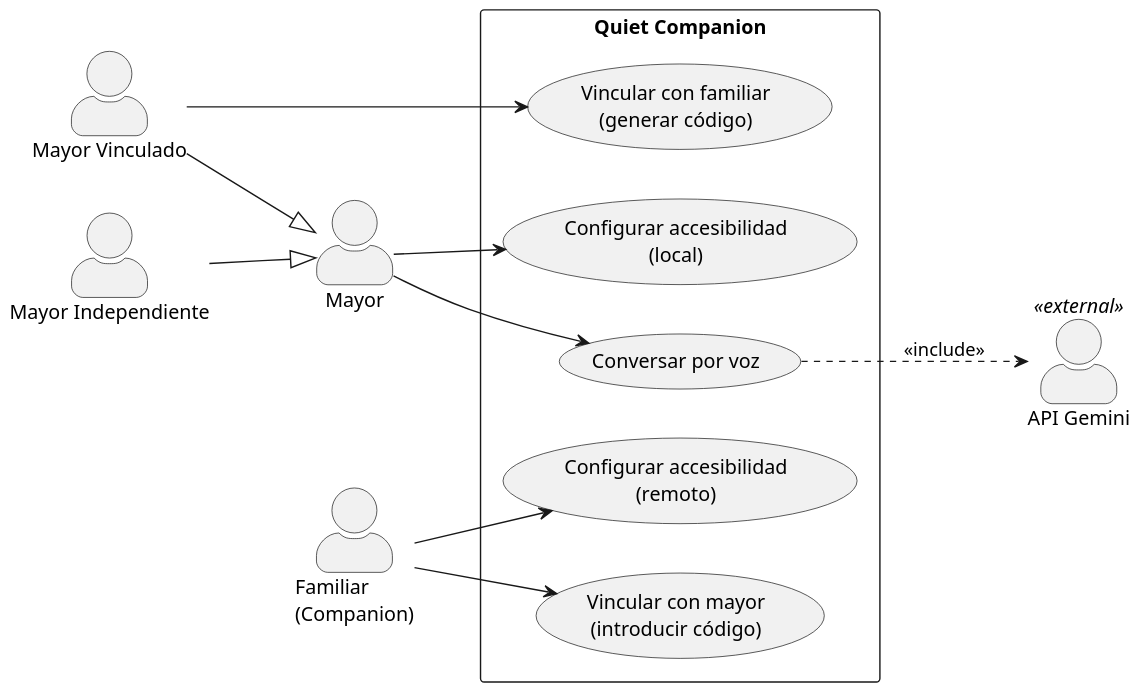
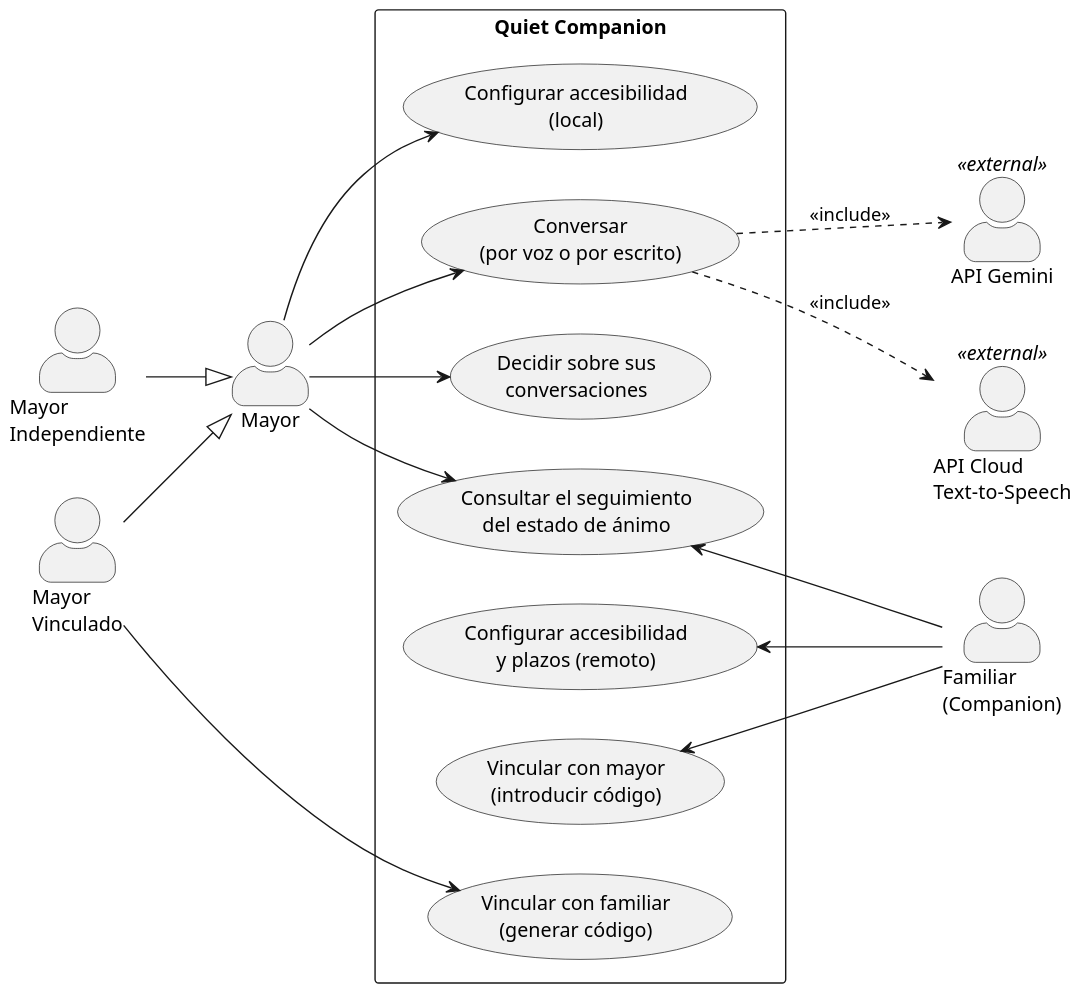
One commit to maario106/quiet_companion changed the diagram in doc/tfg/imagenes/uml/diagrama_actores.puml. Above: the diagram before and after it, drawn with PlantUML. The commit also changed 15 other files, not shown here.

```diff
--- a/doc/tfg/imagenes/uml/diagrama_actores.puml
+++ b/doc/tfg/imagenes/uml/diagrama_actores.puml
@@ -1,33 +1,41 @@
 @startuml diagrama_actores
 ' Jerarquía de actores, figura fig:actores del capítulo 4.
 ' Regenerar: java -jar plantuml.jar diagrama_actores.puml
 left to right direction
 skinparam actorStyle awesome
 skinparam dpi 150
 
+actor "Mayor\nIndependiente" as MI
+actor "Mayor\nVinculado" as MV
 actor "Mayor" as M
-actor "Mayor Independiente" as MI
-actor "Mayor Vinculado" as MV
 actor "Familiar\n(Companion)" as FA
 actor "API Gemini" as GEM <<external>>
+actor "API Cloud\nText-to-Speech" as TTS <<external>>
 
 MI --|> M
 MV --|> M
 
 rectangle "Quiet Companion" {
   usecase "Configurar accesibilidad\n(local)" as ACC_LOCAL
-  usecase "Conversar por voz" as CHAT
+  usecase "Conversar\n(por voz o por escrito)" as CHAT
+  usecase "Decidir sobre sus\nconversaciones" as CONSENT
+  usecase "Consultar el seguimiento\ndel estado de ánimo" as WELL
+  usecase "Configurar accesibilidad\ny plazos (remoto)" as ACC_REMOTE
+  usecase "Vincular con mayor\n(introducir código)" as LINK
   usecase "Vincular con familiar\n(generar código)" as GEN
-  usecase "Vincular con mayor\n(introducir código)" as LINK
-  usecase "Configurar accesibilidad\n(remoto)" as ACC_REMOTE
 }
 
 ' La accesibilidad local la tiene todo mayor, no solo el independiente.
 M --> ACC_LOCAL
 M --> CHAT
+M --> CONSENT
+M --> WELL
 MV --> GEN
-FA --> LINK
-FA --> ACC_REMOTE
 
 CHAT ..> GEM : <<include>>
+CHAT ..> TTS : <<include>>
+
+WELL <-- FA
+ACC_REMOTE <-- FA
+LINK <-- FA
 @enduml
```
